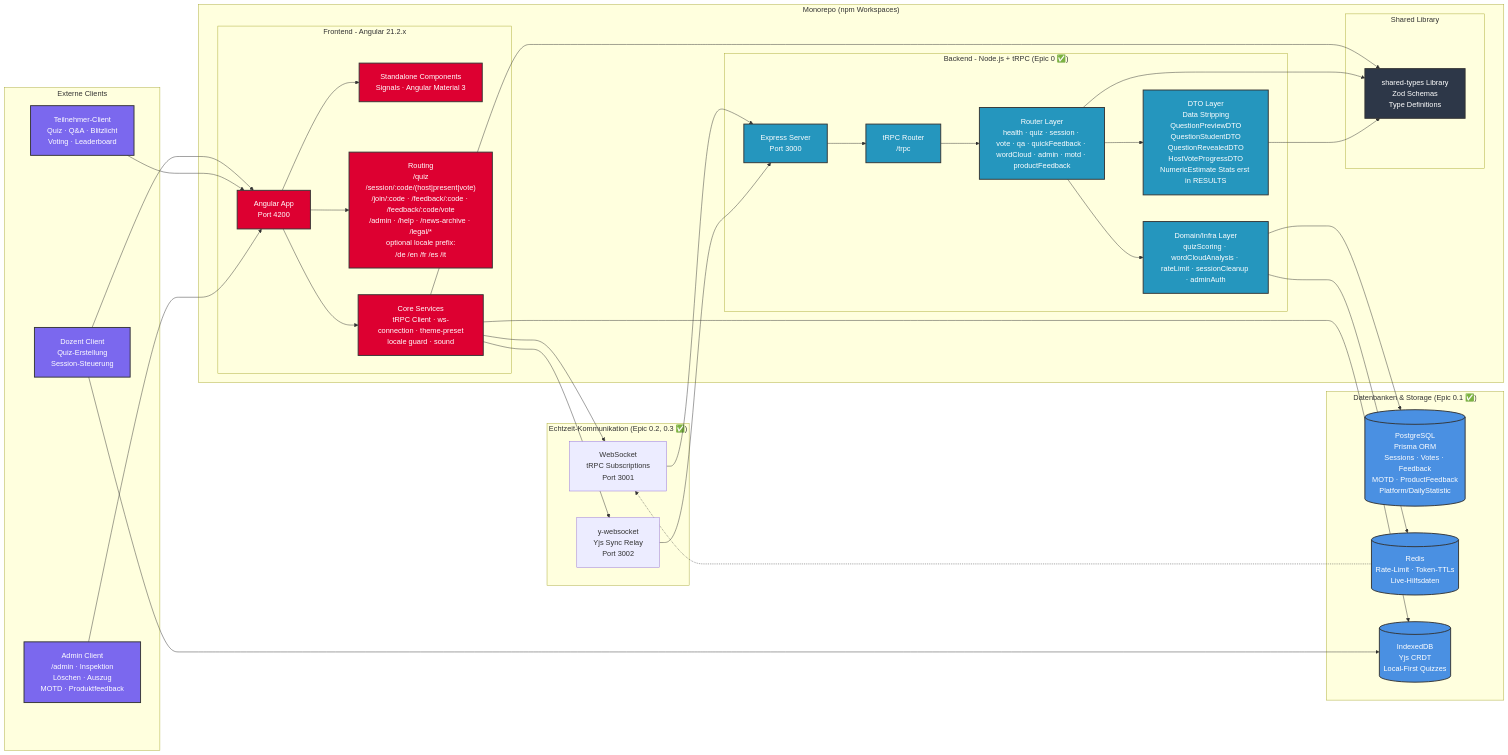
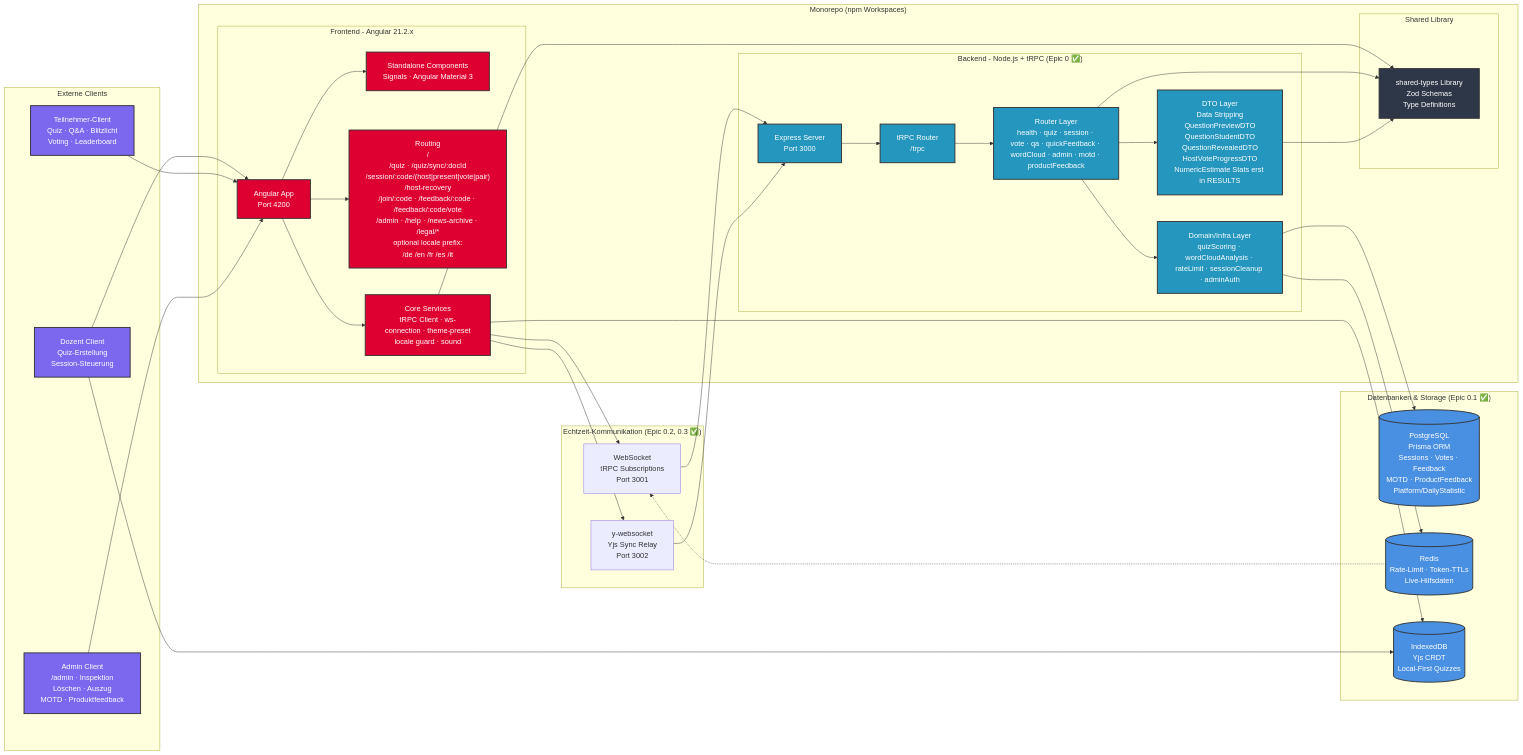
One commit to kqc-real/arsnova.eu changed the first of 15 diagrams in docs/diagrams/architecture-overview.md. Above: the diagram before and after it, drawn with Mermaid. The commit also changed other lines of this file and 31 other files, not shown here.

```diff
--- a/docs/diagrams/architecture-overview.md
+++ b/docs/diagrams/architecture-overview.md
@@ -19,7 +19,7 @@
         subgraph "Frontend - Angular 21.2.x"
             FE[Angular App<br/>Port 4200]
             FE_COMP[Standalone Components<br/>Signals · Angular Material 3]
-            FE_ROUTES["Routing<br/>/quiz<br/>/session/:code/(host|present|vote)<br/>/join/:code · /feedback/:code · /feedback/:code/vote<br/>/admin · /help · /news-archive · /legal/*<br/>optional locale prefix:<br/>/de /en /fr /es /it"]
+            FE_ROUTES["Routing<br/>/<br/>/quiz · /quiz/sync/:docId<br/>/session/:code/(host|present|vote|pair)<br/>/host-recovery<br/>/join/:code · /feedback/:code · /feedback/:code/vote<br/>/admin · /help · /news-archive · /legal/*<br/>optional locale prefix:<br/>/de /en /fr /es /it"]
             FE_SERVICES[Core Services<br/>tRPC Client · ws-connection · theme-preset<br/>locale guard · sound]
         end
 
```
